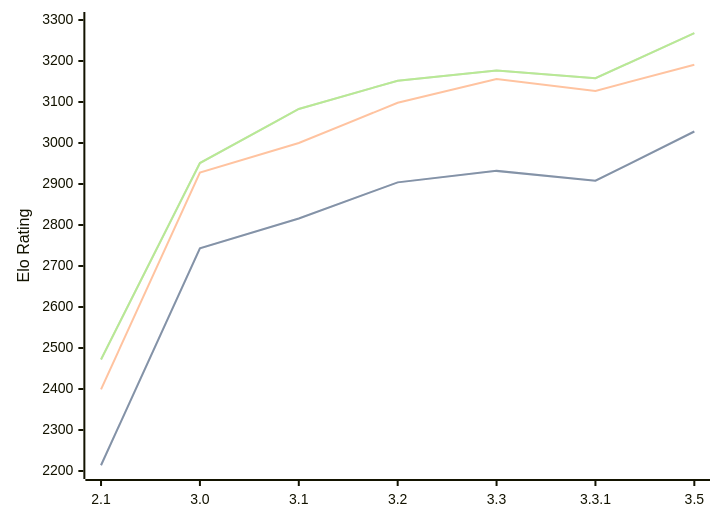
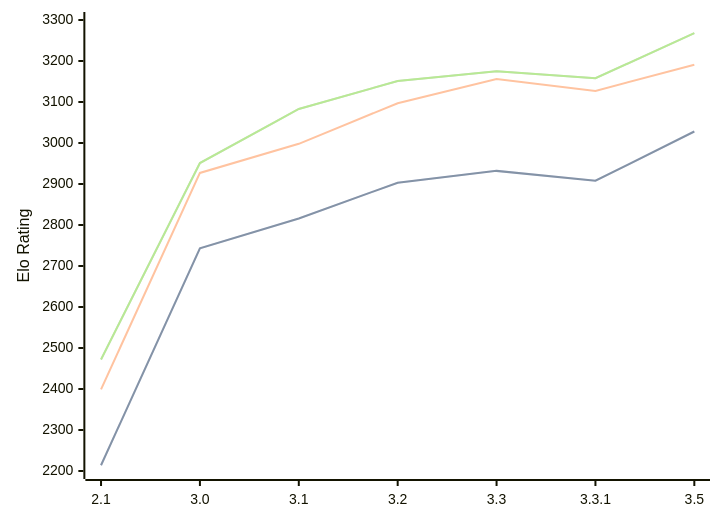
Before and after one commit to computer-chess-index/cci: the diagram in engines/Petrel.md, drawn with Mermaid. The commit also changed other lines of this file, not shown here.

Commit message:
Update CCI Ratings (ELO VLTC) - 2026-06-12

````diff
--- a/engines/Petrel.md
+++ b/engines/Petrel.md
@@ -46,11 +46,11 @@
 ```mermaid
 %%{init: {"theme":"base","themeVariables":{"seriesColors:['#a3a3a3','#222221','#faa371']}}}%%
 xychart-beta
   x-axis ["2.1", "3.0", "3.1", "3.2", "3.3", "3.3.1", "3.5"]
   y-axis "Elo Rating" 2200 --> 3300
-  line "STC (8.0+0.08s)" [2214, 2743, 2816, 2904, 2932, 2908, 3028]
-  line "STC (8.0+0.08s)" [2214, 2743, 2816, 2904, 2932, 2908, 3028]
-  line "LTC (60.0+0.60s)" [2399, 2928, 3000, 3098, 3156, 3127, 3191]
-  line "VLTC (2m24s+1.12s)" [2472, 2951, 3083, 3152, 3177, 3158, 3268]
-  line "VLTC (2m24s+1.12s)" [2472, 2951, 3083, 3152, 3177, 3158, 3268]
+  line "STC (8.0+0.08s)" [2214, 2743, 2816, 2903, 2932, 2908, 3028]
+  line "STC (8.0+0.08s)" [2214, 2743, 2816, 2903, 2932, 2908, 3028]
+  line "LTC (60.0+0.60s)" [2399, 2927, 2998, 3097, 3156, 3127, 3191]
+  line "VLTC (2m24s+1.12s)" [2472, 2951, 3083, 3151, 3175, 3158, 3268]
+  line "VLTC (2m24s+1.12s)" [2472, 2951, 3083, 3151, 3175, 3158, 3268]
 ```
````
